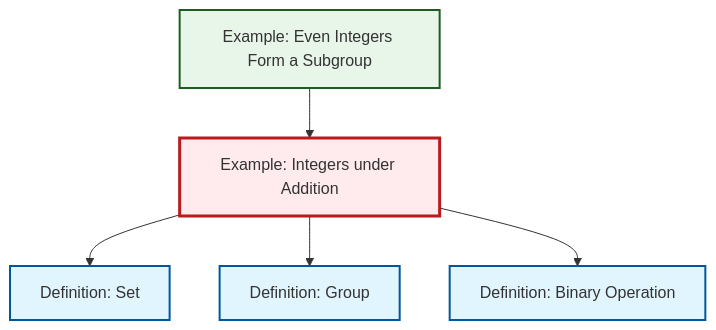
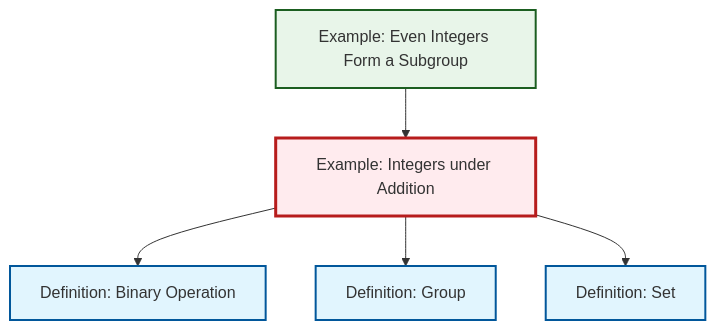
Before and after one commit to RK0429/ModernMath: the diagram in output/mermaid/ex-integers-addition.mermaid, drawn with Mermaid. The commit also changed other lines of this file and 1115 other files, not shown here.

````diff
--- a/output/mermaid/ex-integers-addition.mermaid
+++ b/output/mermaid/ex-integers-addition.mermaid
@@ -1,19 +1,19 @@
 ```{mermaid}
 %%| fig-cap: "Local dependency graph"
 graph TD
     classDef definition fill:#e1f5fe,stroke:#01579b,stroke-width:2px
     classDef theorem fill:#f3e5f5,stroke:#4a148c,stroke-width:2px
     classDef axiom fill:#fff3e0,stroke:#e65100,stroke-width:2px
     classDef example fill:#e8f5e9,stroke:#1b5e20,stroke-width:2px
     classDef current fill:#ffebee,stroke:#b71c1c,stroke-width:3px
     ex-even-integers-subgroup["Example: Even Integers Form a Subgroup"]:::example
     def-binary-operation["Definition: Binary Operation"]:::definition
+    def-set["Definition: Set"]:::definition
     def-group["Definition: Group"]:::definition
     ex-integers-addition["Example: Integers under Addition"]:::example
-    def-set["Definition: Set"]:::definition
-    ex-integers-addition --> def-set
-    ex-integers-addition --> def-group
     ex-even-integers-subgroup --> ex-integers-addition
     ex-integers-addition --> def-binary-operation
+    ex-integers-addition --> def-group
+    ex-integers-addition --> def-set
     class ex-integers-addition current
 ```
````
